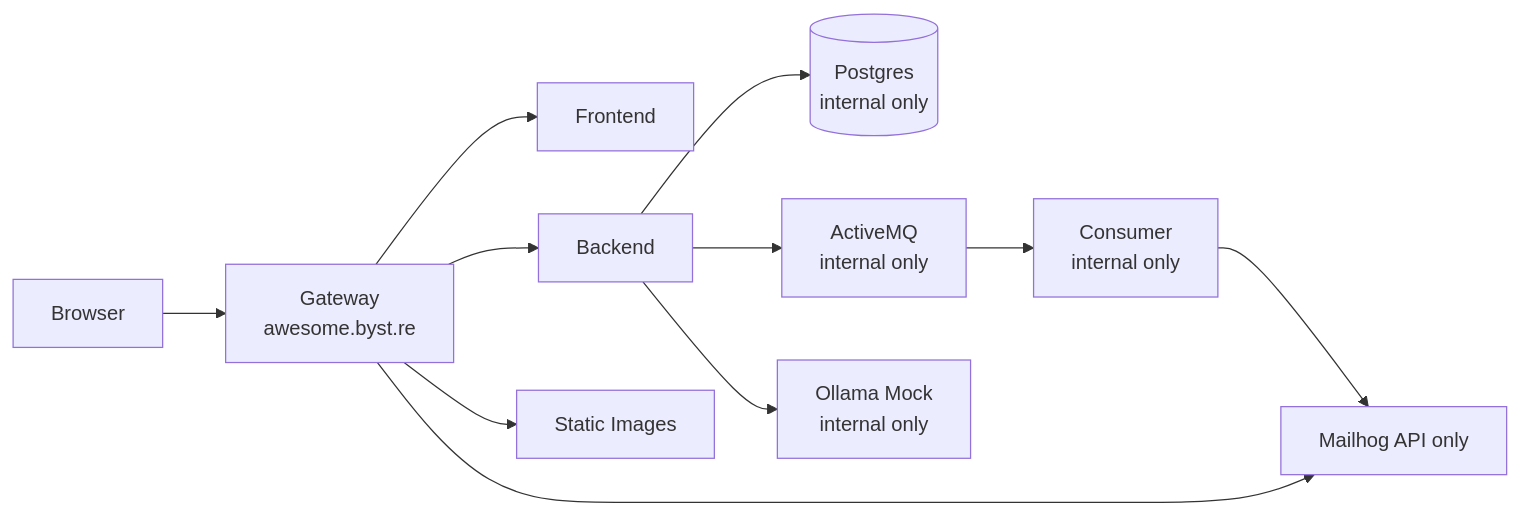
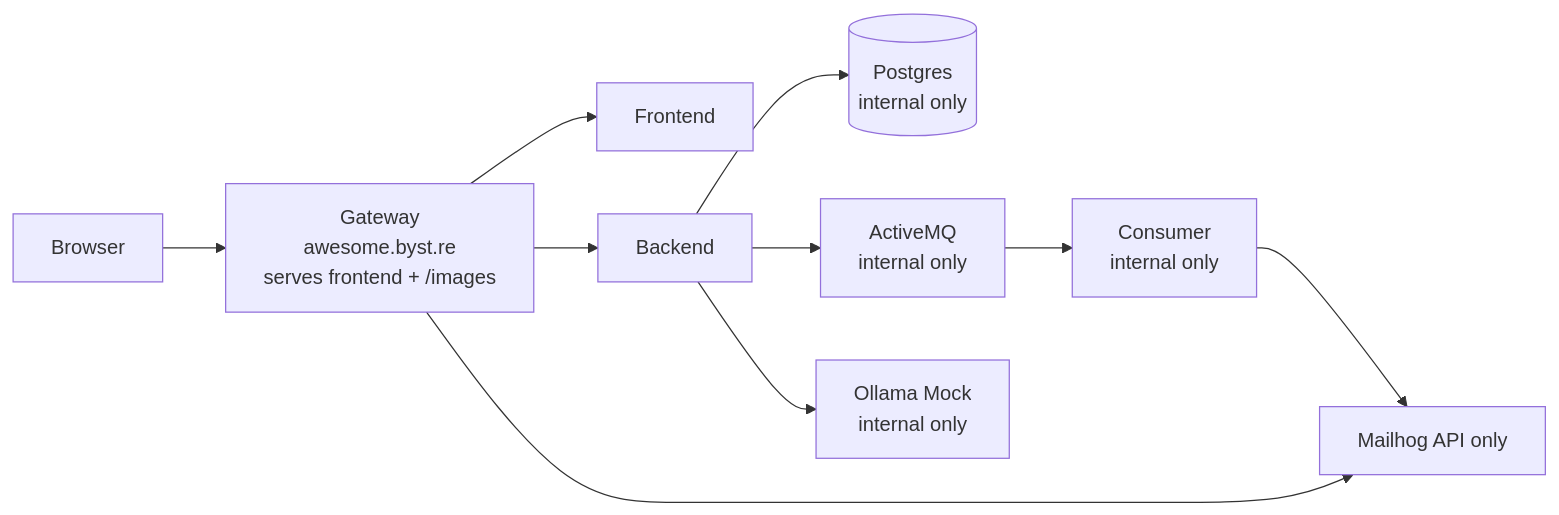
The third of 3 diagrams in README.md (slawekradzyminski/awesome-localstack), drawn with Mermaid before and after one commit. The commit also changed other lines of this file and 2 other files, not shown here.

````diff
--- a/README.md
+++ b/README.md
@@ -200,24 +196,22 @@
 ```mermaid
 flowchart LR
     U[Browser]
-    G[Gateway<br/>awesome.byst.re]
+    G[Gateway<br/>awesome.byst.re<br/>serves frontend + /images]
     F[Frontend]
     B[Backend]
-    S[Static Images]
     MH[Mailhog API only]
     DB[(Postgres<br/>internal only)]
     MQ[ActiveMQ<br/>internal only]
     C[Consumer<br/>internal only]
     O[Ollama Mock<br/>internal only]
 
     U --> G
     G --> F
     G --> B
-    G --> S
     G --> MH
     B --> DB
     B --> MQ
     MQ --> C
     C --> MH
     B --> O
 ```
````
